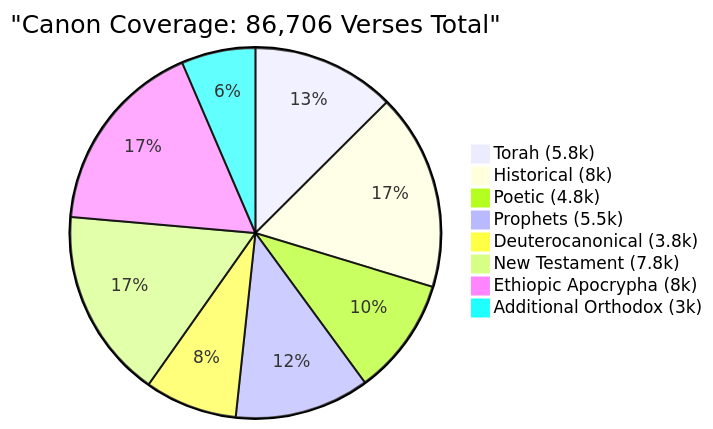
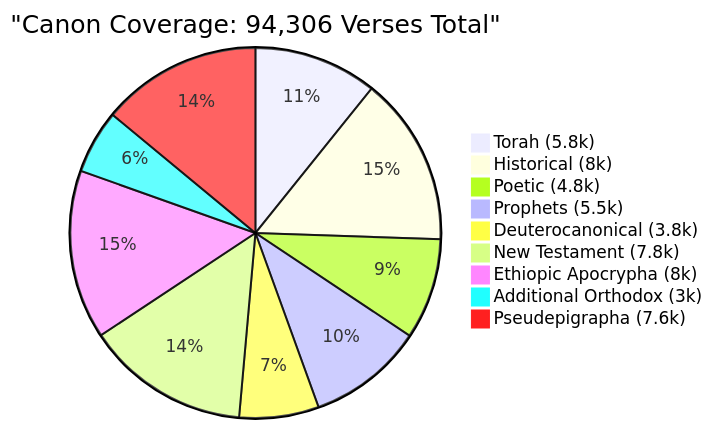
The diagram in COVERAGE_TRACKING.md (crucifly/bible-obsidian), drawn with Mermaid before and after one commit. The commit also changed other lines of this file and 14702 other files, not shown here.

````diff
--- a/COVERAGE_TRACKING.md
+++ b/COVERAGE_TRACKING.md
@@ -211,11 +226,12 @@
 ```mermaid
-pie title "Canon Coverage: 86,706 Verses Total"
+pie title "Canon Coverage: 94,306 Verses Total"
     "Torah (5.8k)" : 5852
     "Historical (8k)" : 8018
     "Poetic (4.8k)" : 4785
     "Prophets (5.5k)" : 5492
     "Deuterocanonical (3.8k)" : 3771
     "New Testament (7.8k)" : 7758
     "Ethiopic Apocrypha (8k)" : 8010
     "Additional Orthodox (3k)" : 3020
+    "Pseudepigrapha (7.6k)" : 7600
 ```
````
